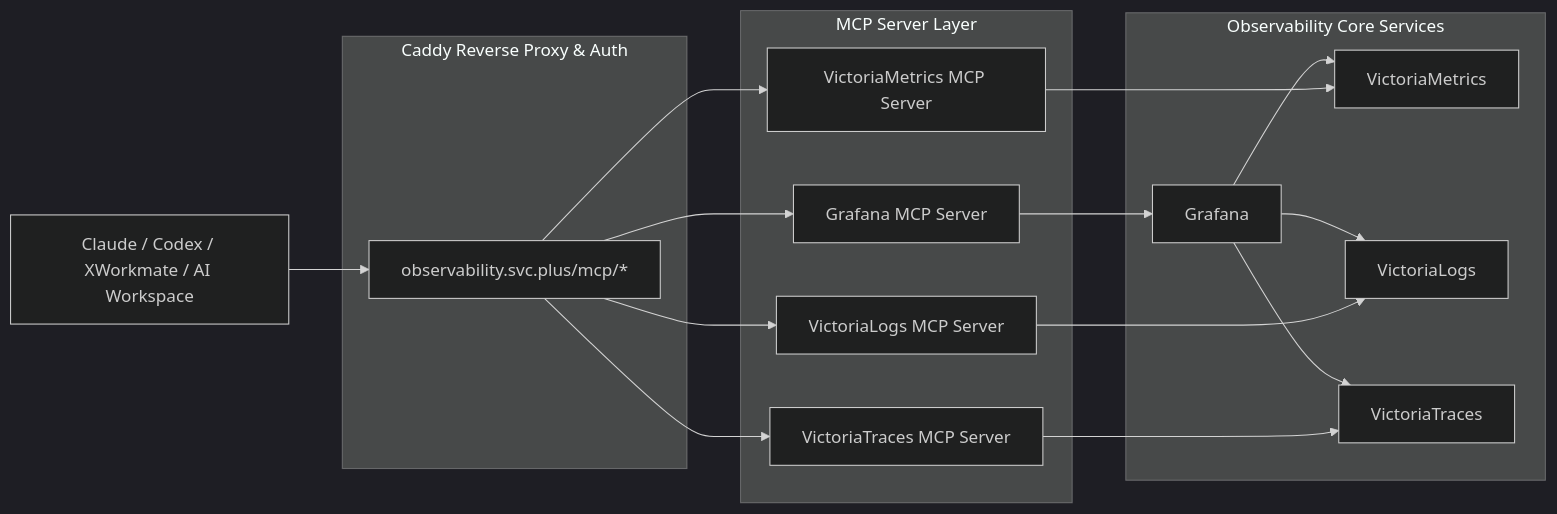
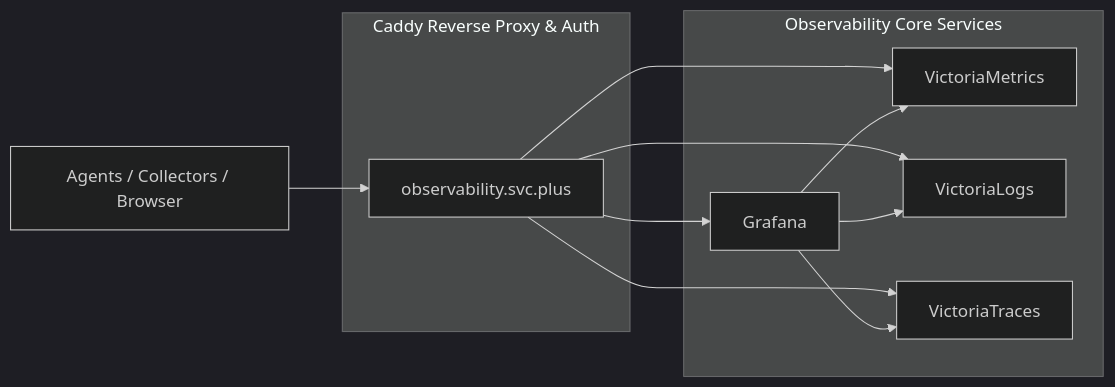
Before and after one commit to ai-workspace-infra/playbooks: the diagram in roles/docker/observability-server/README.md, drawn with Mermaid (dark theme). The commit also changed other lines of this file and 23 other files, not shown here.

First line of the commit message:
chore(observability): remove MCP servers and /mcp/* routes from docker observability server (#1010)

````diff
--- a/roles/docker/observability-server/README.md
+++ b/roles/docker/observability-server/README.md
@@ -9,37 +11,24 @@
 ```mermaid
 flowchart LR
-    Agent[Claude / Codex / XWorkmate / AI Workspace]
+    Client[Agents / Collectors / Browser]
 
     subgraph Gateway[Caddy Reverse Proxy & Auth]
-        Ingress[observability.svc.plus/mcp/*]
-    end
-
-    subgraph MCPLayer[MCP Server Layer]
-        GMCP[Grafana MCP Server]
-        VMMCP[VictoriaMetrics MCP Server]
-        VLMCP[VictoriaLogs MCP Server]
-        VTMCP[VictoriaTraces MCP Server]
+        Ingress[observability.svc.plus]
     end
 
     subgraph CoreObs[Observability Core Services]
         Grafana[Grafana]
         VM[VictoriaMetrics]
         VL[VictoriaLogs]
         VT[VictoriaTraces]
     end
 
-    Agent --> Ingress
-    Ingress --> GMCP
-    Ingress --> VMMCP
-    Ingress --> VLMCP
-    Ingress --> VTMCP
-
-    GMCP --> Grafana
+    Client --> Ingress
+    Ingress --> Grafana
+    Ingress --> VM
+    Ingress --> VL
+    Ingress --> VT
     Grafana --> VM
     Grafana --> VL
     Grafana --> VT
-
-    VMMCP --> VM
-    VLMCP --> VL
-    VTMCP --> VT
 ```
````
